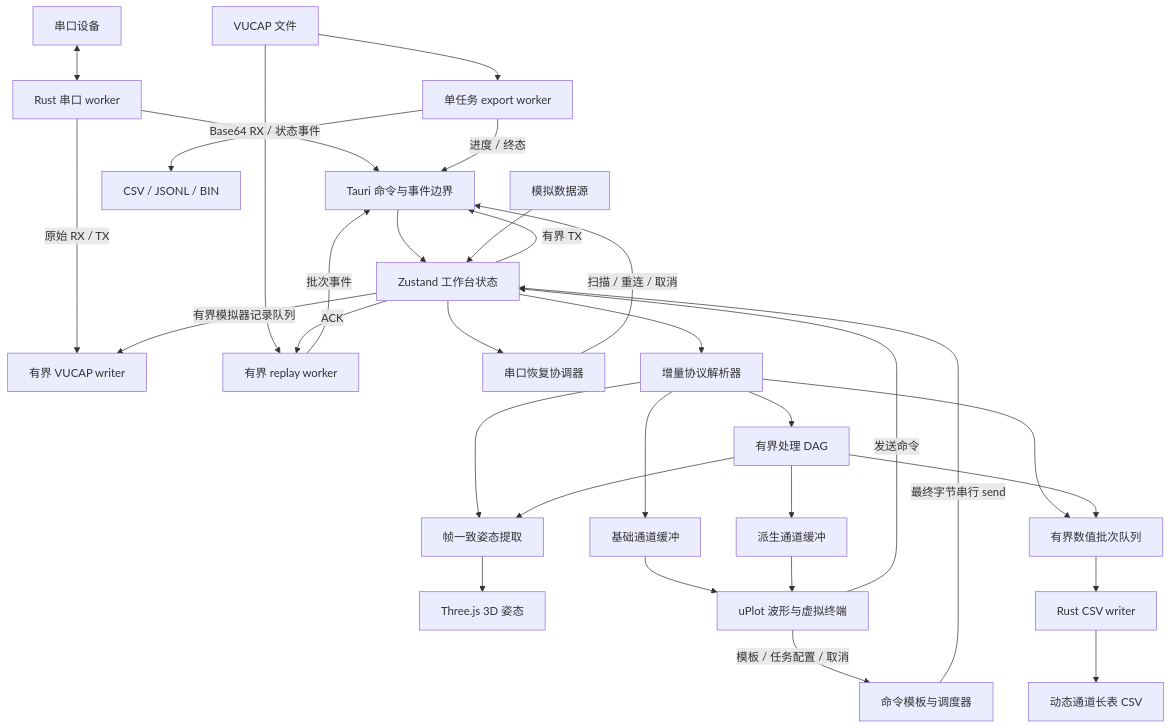
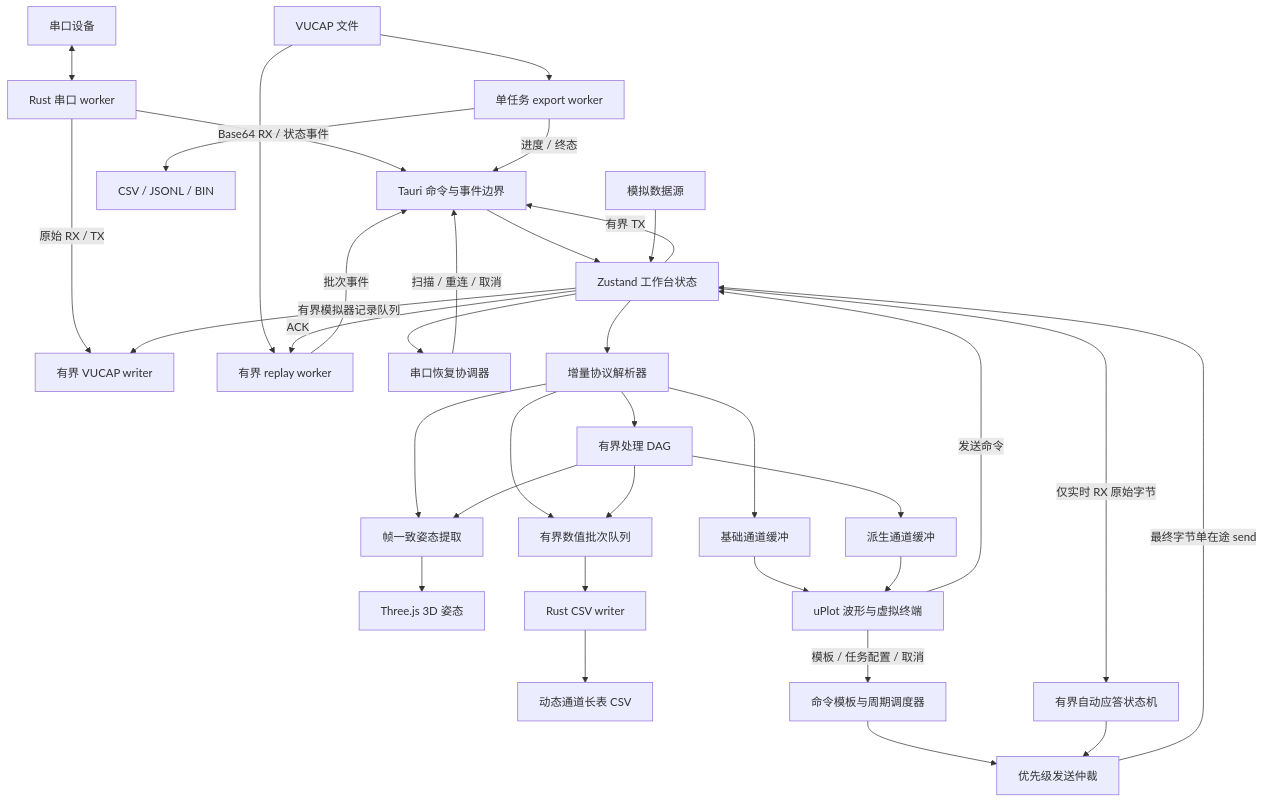
Before and after one commit to woai66/Vofa-Ultra: the first of 2 diagrams in docs/architecture.md, drawn with Mermaid. The commit also changed other lines of this file and 20 other files, not shown here.

Commit message:
feat: add bounded rx auto responder

````diff
--- a/docs/architecture.md
+++ b/docs/architecture.md
@@ -9,34 +9,37 @@
 ```mermaid
 flowchart TB
     Device[串口设备] <--> Worker[Rust 串口 worker]
     Worker -->|Base64 RX / 状态事件| Bridge[Tauri 命令与事件边界]
     Worker -->|原始 RX / TX| Recorder[有界 VUCAP writer]
     CaptureFile[VUCAP 文件] --> Replayer[有界 replay worker]
     CaptureFile --> Exporter[单任务 export worker]
     Exporter --> ExportFile[CSV / JSONL / BIN]
     Exporter -->|进度 / 终态| Bridge
     Replayer -->|批次事件| Bridge
     Store -->|ACK| Replayer
     Bridge --> Store[Zustand 工作台状态]
     Store --> Recovery[串口恢复协调器]
     Recovery -->|扫描 / 重连 / 取消| Bridge
     Store --> Parsers[增量协议解析器]
     Parsers --> RawBuffers[基础通道缓冲]
     Parsers --> Processing[有界处理 DAG]
     Processing --> DerivedBuffers[派生通道缓冲]
     Parsers --> Attitude[帧一致姿态提取]
     Processing --> Attitude
     Attitude --> AttitudeView[Three.js 3D 姿态]
     Parsers --> NumericQueue[有界数值批次队列]
     Processing --> NumericQueue
     NumericQueue --> NumericWriter[Rust CSV writer]
     NumericWriter --> NumericFile[动态通道长表 CSV]
     RawBuffers --> Views[uPlot 波形与虚拟终端]
     DerivedBuffers --> Views
-    Views -->|模板 / 任务配置 / 取消| Commands[命令模板与调度器]
-    Commands -->|最终字节串行 send| Store
+    Views -->|模板 / 任务配置 / 取消| Commands[命令模板与周期调度器]
+    Store -->|仅实时 RX 原始字节| AutoResponder[有界自动应答状态机]
+    Commands --> Arbiter[优先级发送仲裁]
+    AutoResponder --> Arbiter
+    Arbiter -->|最终字节单在途 send| Store
     Simulator[模拟数据源] --> Store
     Store -->|有界模拟器记录队列| Recorder
     Views -->|发送命令| Store
     Store -->|有界 TX| Bridge
 ```
````
